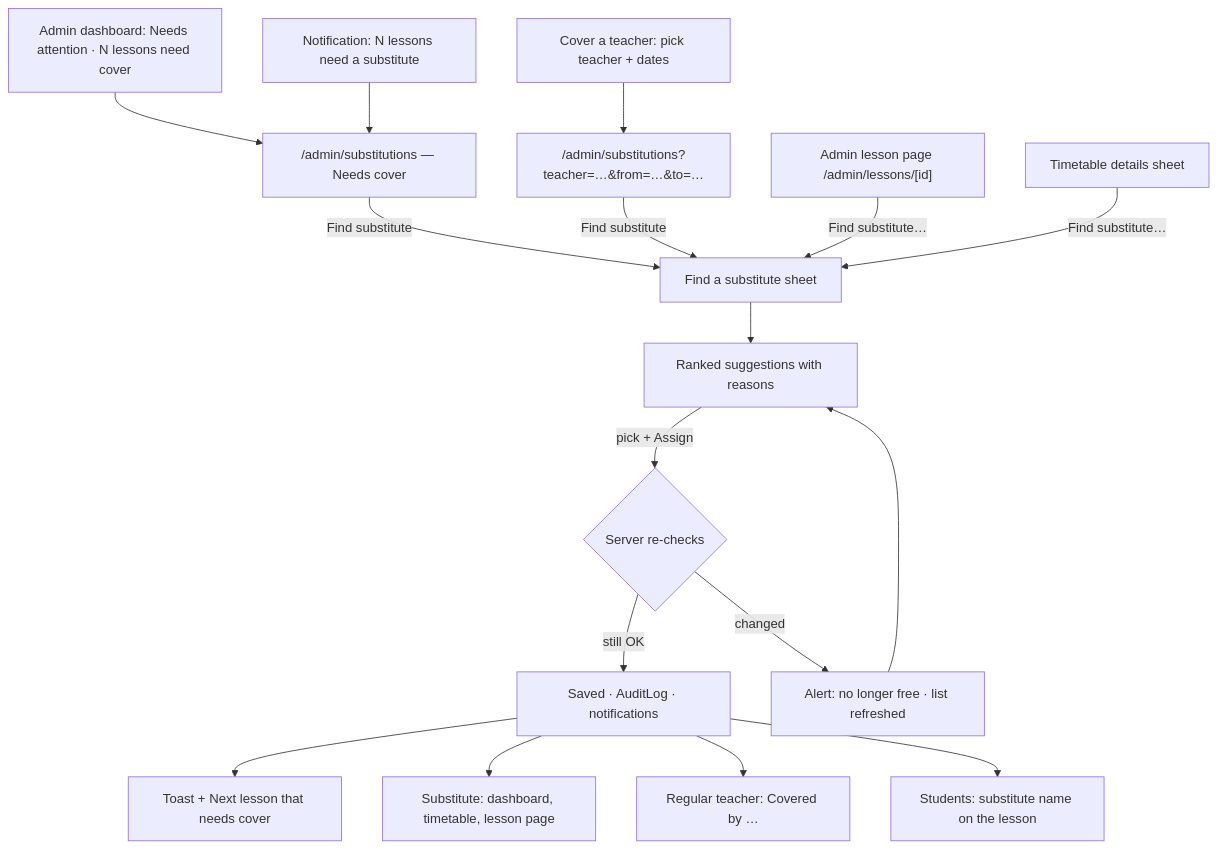
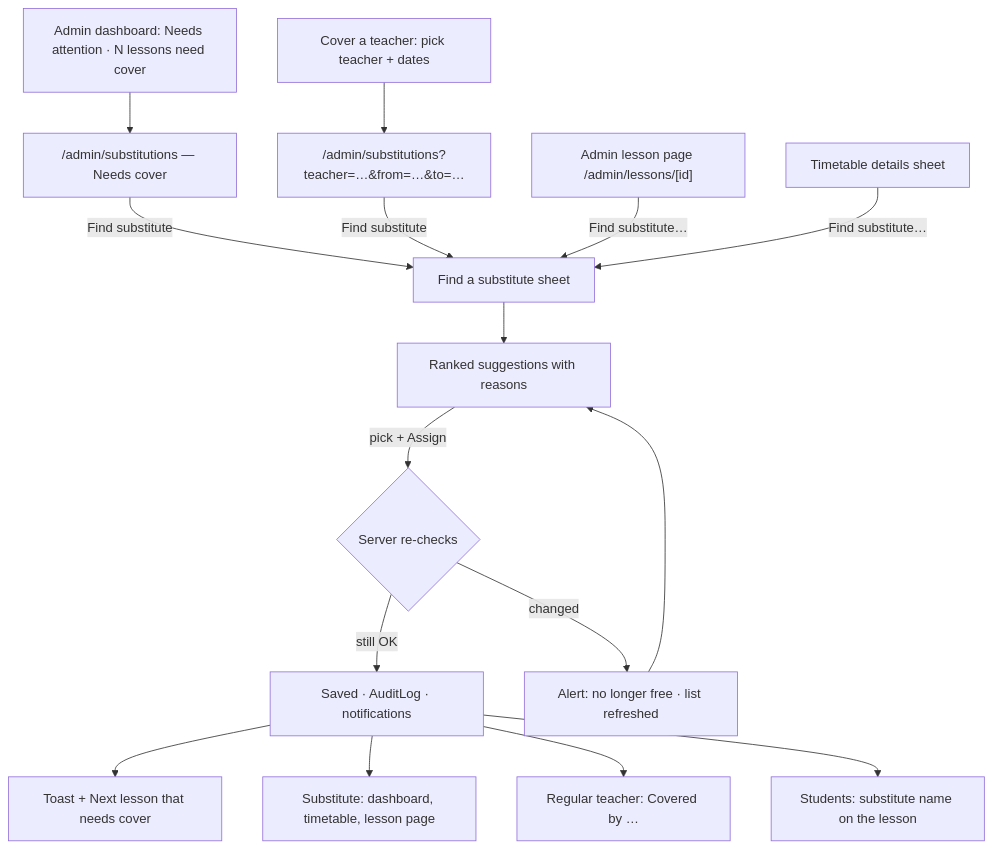
The first of 3 diagrams in docs/design/notifications-substitutes.md (NoncommissionedRush/schoolmanager), drawn with Mermaid before and after one commit. The commit also changed other lines of this file and 1 other file, not shown here.

````diff
--- a/docs/design/notifications-substitutes.md
+++ b/docs/design/notifications-substitutes.md
@@ -258,16 +281,15 @@
 ```mermaid
 flowchart TD
   D[Admin dashboard: Needs attention · N lessons need cover] --> SL["/admin/substitutions — Needs cover"]
-  N[Notification: N lessons need a substitute] --> SL
   SL -->|Find substitute| P[Find a substitute sheet]
   CT[Cover a teacher: pick teacher + dates] --> SLT["/admin/substitutions?teacher=…&from=…&to=…"] -->|Find substitute| P
   LP["Admin lesson page /admin/lessons/[id]"] -->|Find substitute…| P
   TS[Timetable details sheet] -->|Find substitute…| P
   P --> R[Ranked suggestions with reasons]
   R -->|pick + Assign| C{Server re-checks}
   C -- still OK --> OK[Saved · AuditLog · notifications] --> NX[Toast + Next lesson that needs cover]
   C -- changed --> ST[Alert: no longer free · list refreshed] --> R
   OK --> SUB[Substitute: dashboard, timetable, lesson page]
   OK --> REG[Regular teacher: Covered by …]
   OK --> STU[Students: substitute name on the lesson]
 ```
````
